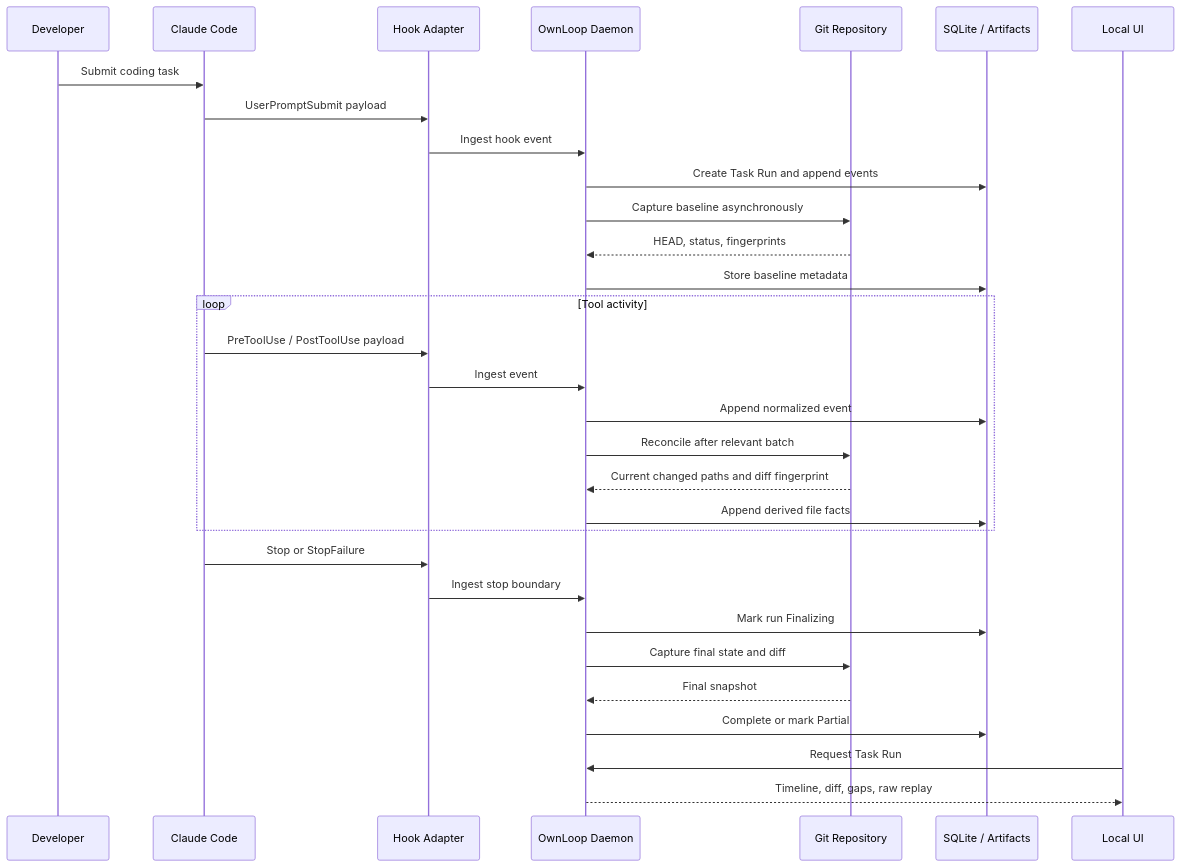
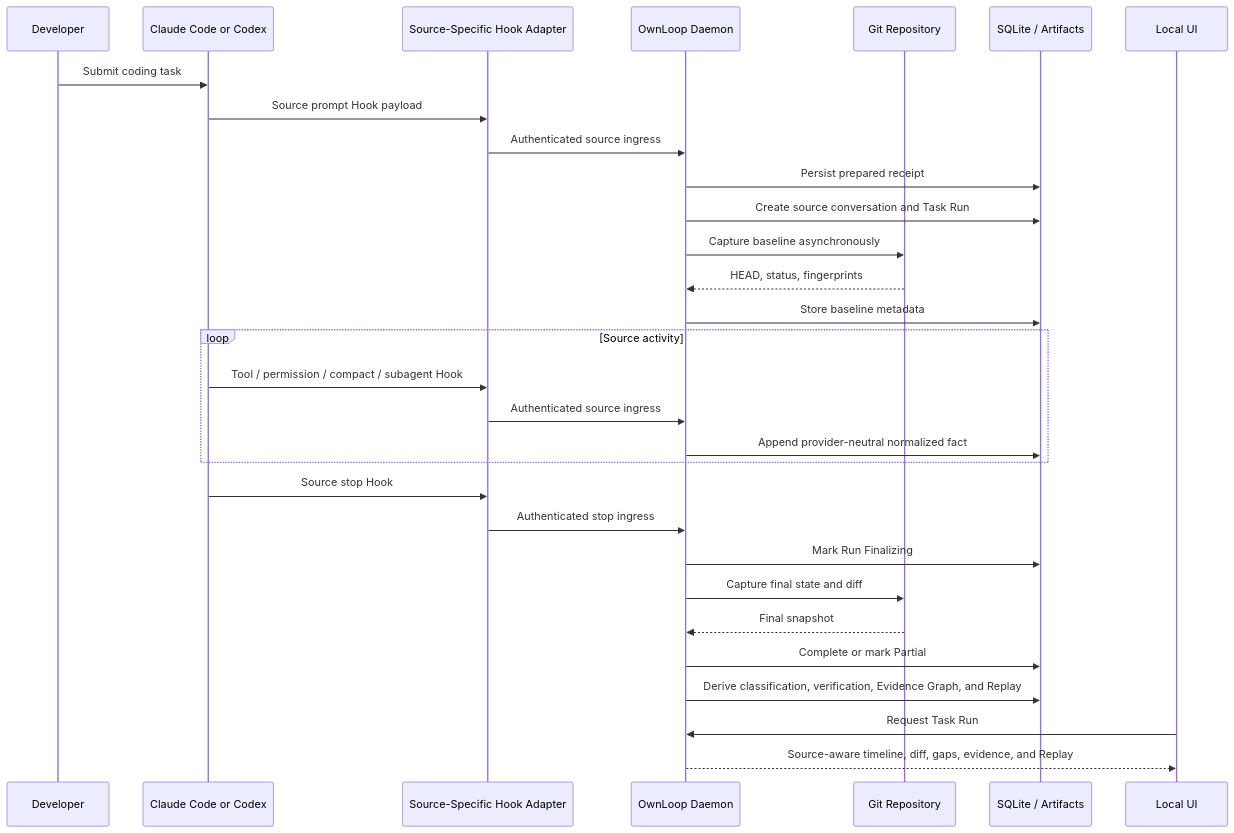
The fourth of 5 diagrams in docs/architecture/C4.md (Emad211/OWNLOOP), drawn with Mermaid before and after one commit. The commit also changed other lines of this file, not shown here.

Commit message:
OL-027: Update C4 model for multi-agent source architecture

````diff
--- a/docs/architecture/C4.md
+++ b/docs/architecture/C4.md
@@ -284,36 +364,35 @@
 ```mermaid
 sequenceDiagram
     participant D as Developer
-    participant C as Claude Code
-    participant H as Hook Adapter
+    participant A as Claude Code or Codex
+    participant H as Source-Specific Hook Adapter
     participant O as OwnLoop Daemon
     participant G as Git Repository
     participant S as SQLite / Artifacts
     participant U as Local UI
 
-    D->>C: Submit coding task
-    C->>H: UserPromptSubmit payload
-    H->>O: Ingest hook event
-    O->>S: Create Task Run and append events
+    D->>A: Submit coding task
+    A->>H: Source prompt Hook payload
+    H->>O: Authenticated source ingress
+    O->>S: Persist prepared receipt
+    O->>S: Create source conversation and Task Run
     O->>G: Capture baseline asynchronously
     G-->>O: HEAD, status, fingerprints
     O->>S: Store baseline metadata
 
-    loop Tool activity
-        C->>H: PreToolUse / PostToolUse payload
-        H->>O: Ingest event
-        O->>S: Append normalized event
-        O->>G: Reconcile after relevant batch
-        G-->>O: Current changed paths and diff fingerprint
-        O->>S: Append derived file facts
+    loop Source activity
+        A->>H: Tool / permission / compact / subagent Hook
+        H->>O: Authenticated source ingress
+        O->>S: Append provider-neutral normalized fact
     end
 
-    C->>H: Stop or StopFailure
-    H->>O: Ingest stop boundary
-    O->>S: Mark run Finalizing
+    A->>H: Source stop Hook
+    H->>O: Authenticated stop ingress
+    O->>S: Mark Run Finalizing
     O->>G: Capture final state and diff
     G-->>O: Final snapshot
     O->>S: Complete or mark Partial
+    O->>S: Derive classification, verification, Evidence Graph, and Replay
     U->>O: Request Task Run
-    O-->>U: Timeline, diff, gaps, raw replay
+    O-->>U: Source-aware timeline, diff, gaps, evidence, and Replay
 ```
````
